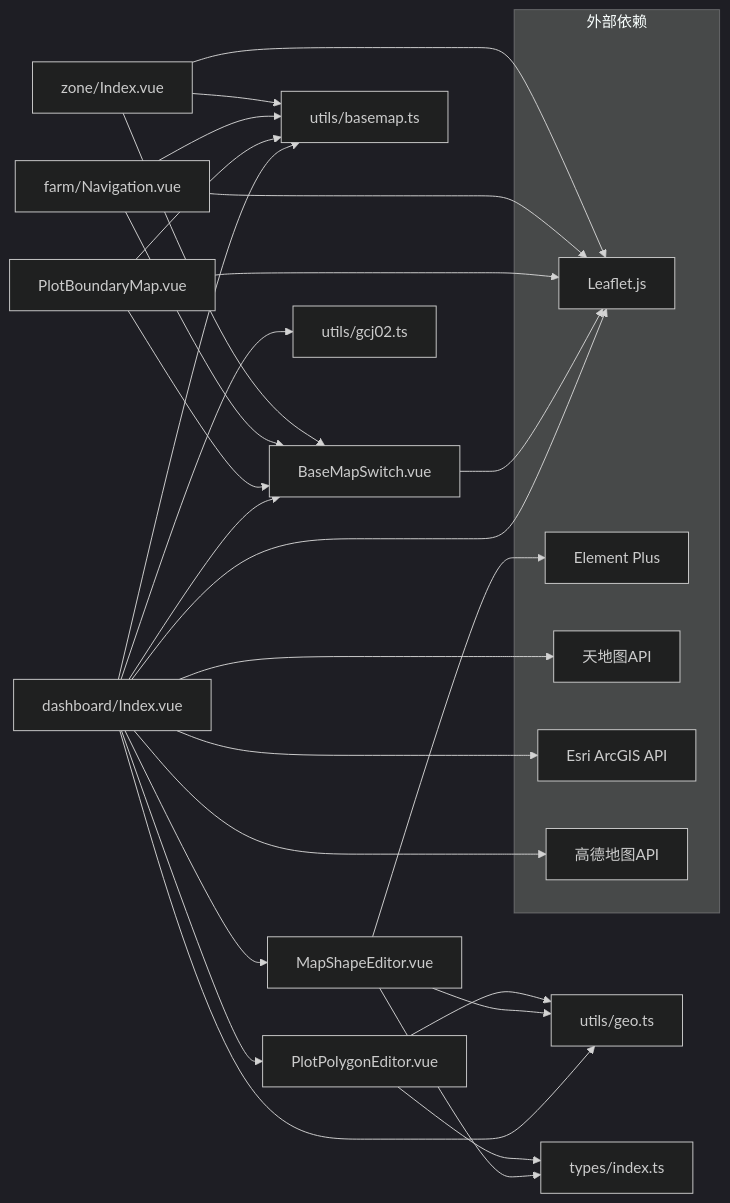
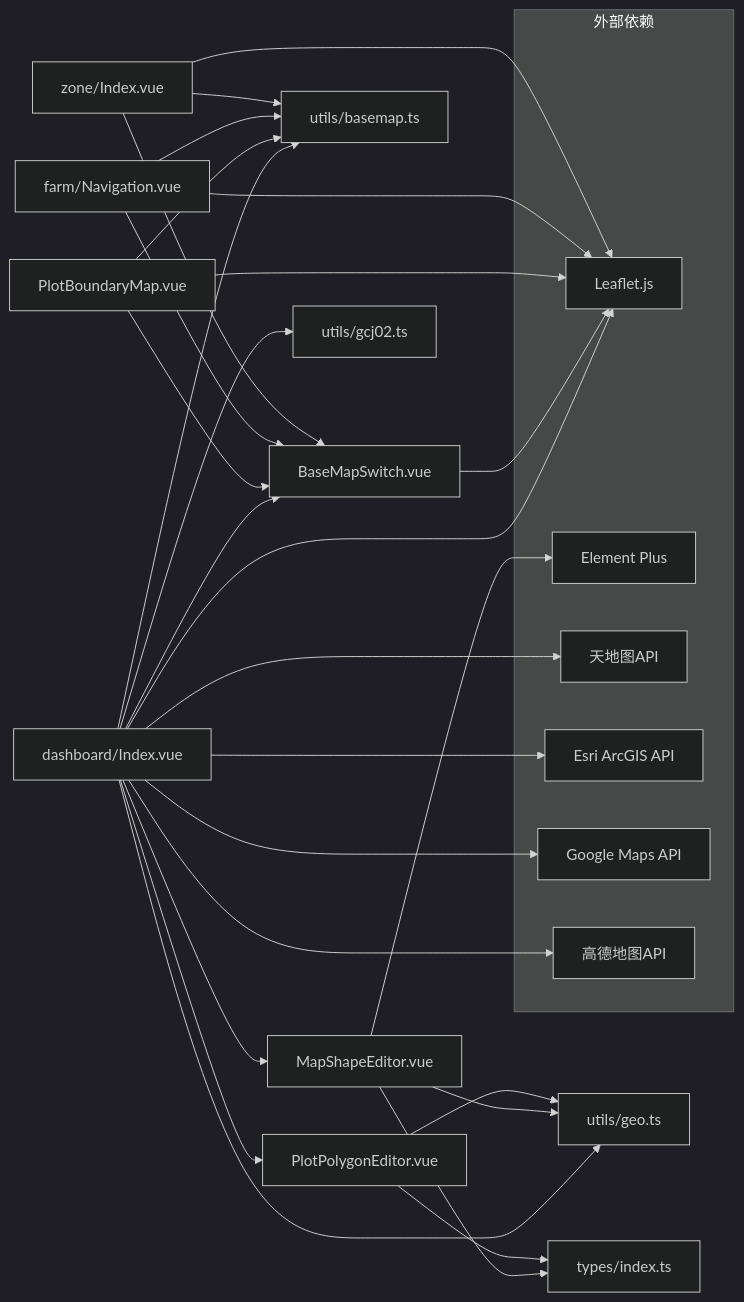
One commit to q446328246/agri-platform changed the ninth of 9 diagrams in .qoder/repowiki/zh/content/前端应用文档/地图可视化.md. Above: the diagram before and after it, drawn with Mermaid (dark theme). The commit also changed other lines of this file and 44 other files, not shown here.

Commit message:
docs: 同步 repowiki 知识卡片与地图可视化文档重生成结果

````diff
--- a/.qoder/repowiki/zh/content/前端应用文档/地图可视化.md
+++ b/.qoder/repowiki/zh/content/前端应用文档/地图可视化.md
@@ -520,35 +571,37 @@
 ```mermaid
 graph LR
 Dashboard["dashboard/Index.vue"] --> BaseMapSwitch["BaseMapSwitch.vue"]
 Dashboard --> BasemapUtils["utils/basemap.ts"]
 Dashboard --> ShapeEditor["MapShapeEditor.vue"]
 Dashboard --> PolygonEditor["PlotPolygonEditor.vue"]
 Dashboard --> GeoUtils["utils/geo.ts"]
 Dashboard --> Gcj02Utils["utils/gcj02.ts"]
 PlotBoundaryMap["PlotBoundaryMap.vue"] --> BaseMapSwitch
 PlotBoundaryMap --> BasemapUtils
 Navigation["farm/Navigation.vue"] --> BaseMapSwitch
 Navigation --> BasemapUtils
 ZoneIndex["zone/Index.vue"] --> BaseMapSwitch
 ZoneIndex --> BasemapUtils
 ShapeEditor --> GeoUtils
 ShapeEditor --> Types["types/index.ts"]
 PolygonEditor --> GeoUtils
 PolygonEditor --> Types
 subgraph "外部依赖"
 Leaflet["Leaflet.js"]
 ElementPlus["Element Plus"]
 TianDiTu["天地图API"]
 Esri["Esri ArcGIS API"]
+Google["Google Maps API"]
 Amap["高德地图API"]
 end
 Dashboard --> Leaflet
 BaseMapSwitch --> Leaflet
 PlotBoundaryMap --> Leaflet
 Navigation --> Leaflet
 ZoneIndex --> Leaflet
 Dashboard --> TianDiTu
 Dashboard --> Esri
+Dashboard --> Google
 Dashboard --> Amap
 ShapeEditor --> ElementPlus
 ```
````
